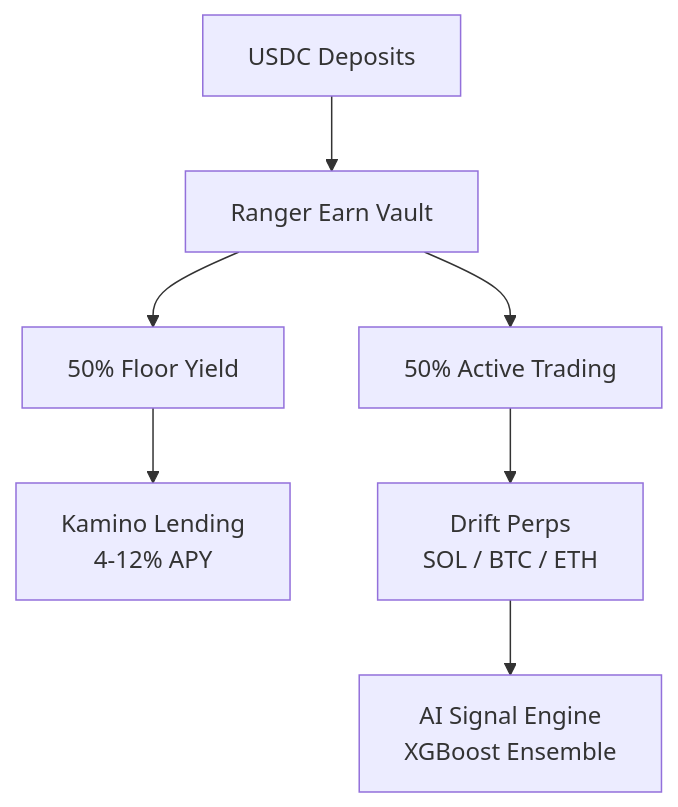
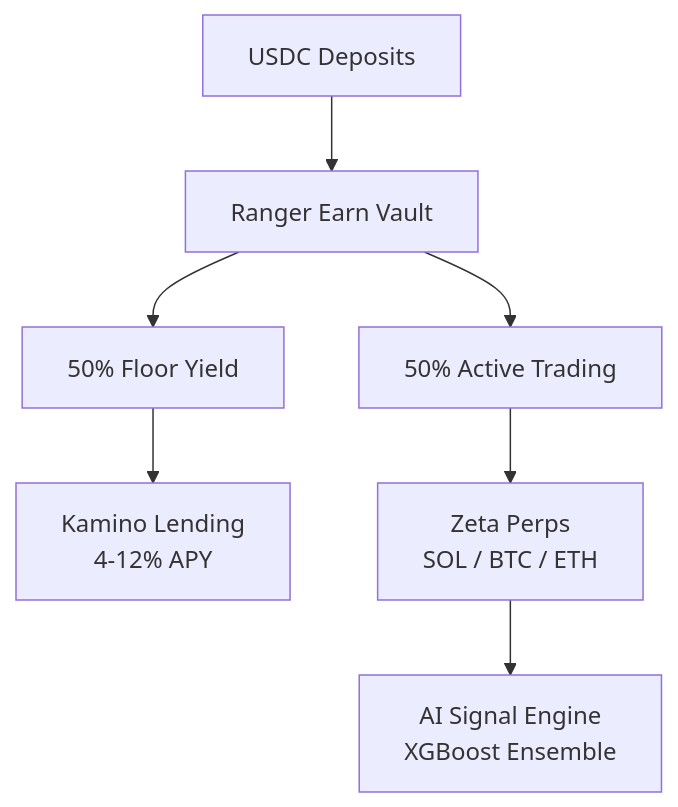
Before and after one commit to Ashutosh0x/ranger-ai-vault: the first of 7 diagrams in README.md, drawn with Mermaid. The commit also changed other lines of this file and 82 other files, not shown here.

Commit message:
feat: pivot from Drift to Zeta Markets and add walk-forward backtest results

````diff
--- a/README.md
+++ b/README.md
@@ -85,9 +85,9 @@
 ```mermaid
 graph TD
     Deposits["USDC Deposits"] --> Vault["Ranger Earn Vault"]
     Vault --> FloorEngine["50% Floor Yield"]
     Vault --> ActiveEngine["50% Active Trading"]
     FloorEngine --> Kamino["Kamino Lending\n4-12% APY"]
-    ActiveEngine --> Drift["Drift Perps\nSOL / BTC / ETH"]
-    Drift --> Signal["AI Signal Engine\nXGBoost Ensemble"]
+    ActiveEngine --> Zeta["Zeta Perps\nSOL / BTC / ETH"]
+    Zeta --> Signal["AI Signal Engine\nXGBoost Ensemble"]
 ```
````
